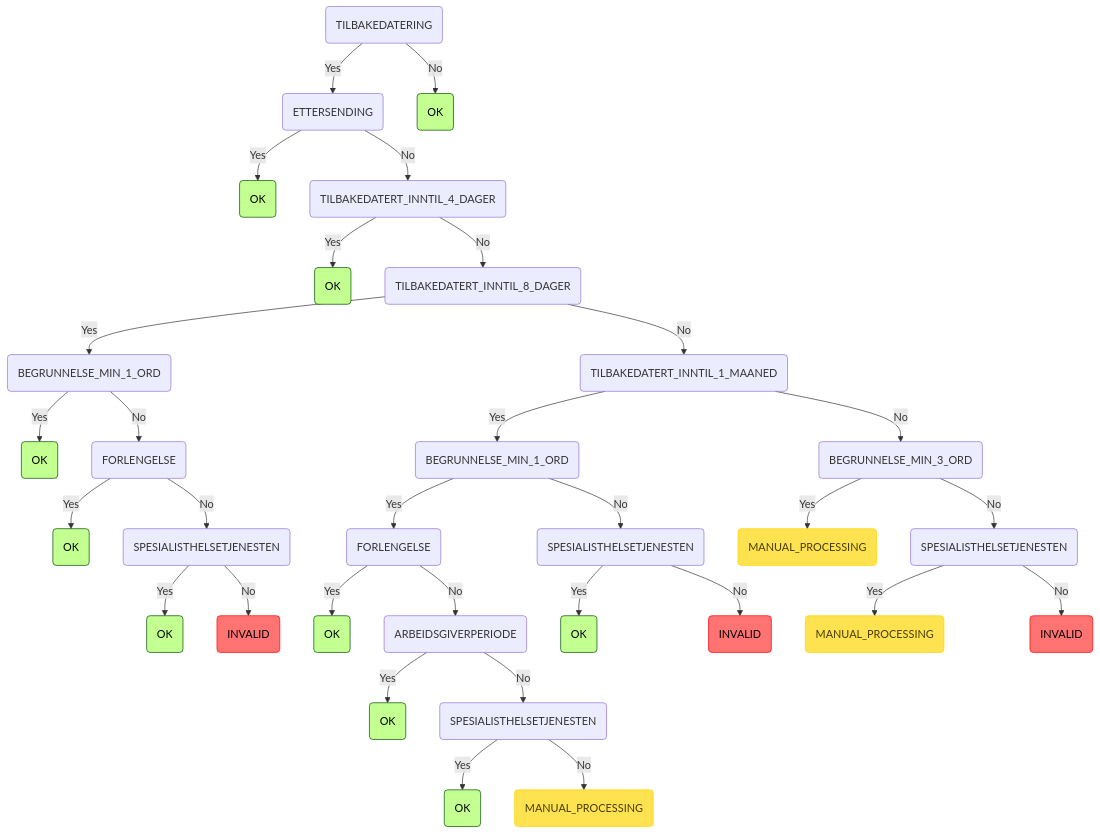
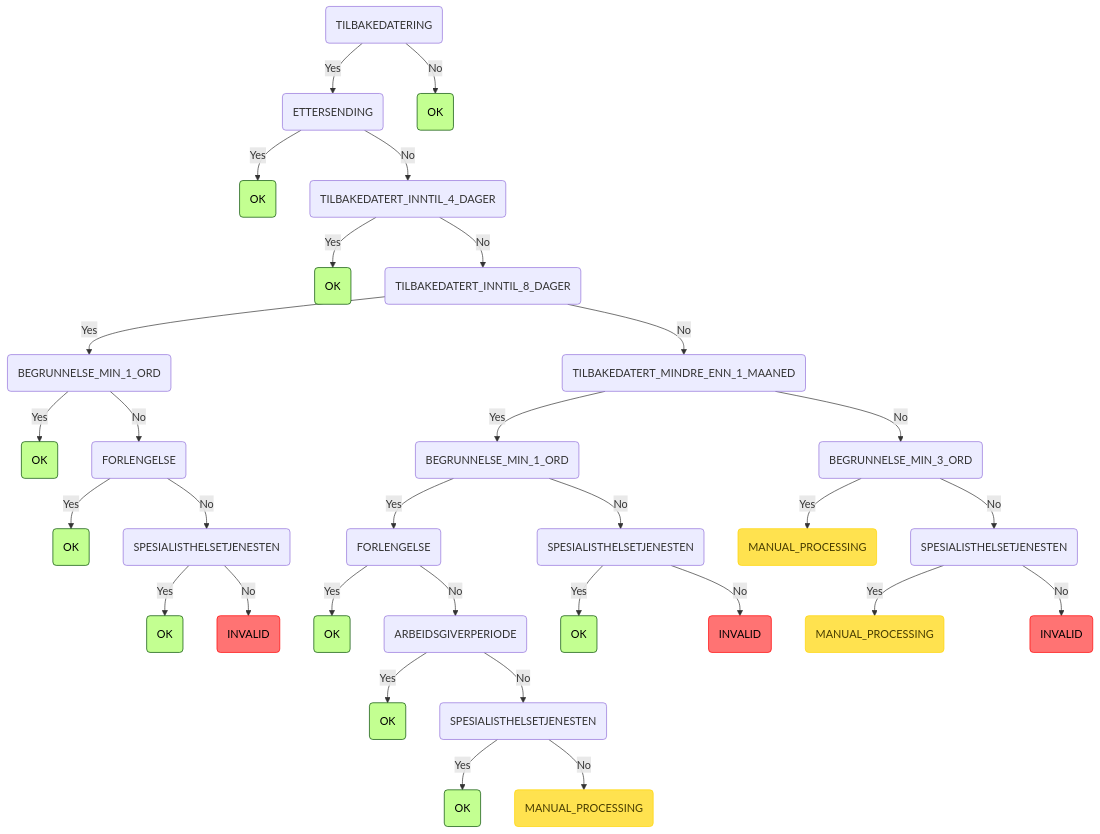
One commit to navikt/syfosmregler changed the ninth of 9 diagrams in README.md. Above: the diagram before and after it, drawn with Mermaid. The commit also changed 4 other files, not shown here.

Commit message:
feat: mindre enn 1 mnd (#303)

````diff
--- a/README.md
+++ b/README.md
@@ -295,36 +295,36 @@
 ```mermaid
 graph TD
     root(TILBAKEDATERING) -->|Yes| root_TILBAKEDATERING_ETTERSENDING(ETTERSENDING)
     root_TILBAKEDATERING_ETTERSENDING(ETTERSENDING) -->|Yes| root_TILBAKEDATERING_ETTERSENDING_OK(OK):::ok
     root_TILBAKEDATERING_ETTERSENDING(ETTERSENDING) -->|No| root_TILBAKEDATERING_ETTERSENDING_TILBAKEDATERT_INNTIL_4_DAGER(TILBAKEDATERT_INNTIL_4_DAGER)
     root_TILBAKEDATERING_ETTERSENDING_TILBAKEDATERT_INNTIL_4_DAGER(TILBAKEDATERT_INNTIL_4_DAGER) -->|Yes| root_TILBAKEDATERING_ETTERSENDING_TILBAKEDATERT_INNTIL_4_DAGER_OK(OK):::ok
     root_TILBAKEDATERING_ETTERSENDING_TILBAKEDATERT_INNTIL_4_DAGER(TILBAKEDATERT_INNTIL_4_DAGER) -->|No| root_TILBAKEDATERING_ETTERSENDING_TILBAKEDATERT_INNTIL_4_DAGER_TILBAKEDATERT_INNTIL_8_DAGER(TILBAKEDATERT_INNTIL_8_DAGER)
     root_TILBAKEDATERING_ETTERSENDING_TILBAKEDATERT_INNTIL_4_DAGER_TILBAKEDATERT_INNTIL_8_DAGER(TILBAKEDATERT_INNTIL_8_DAGER) -->|Yes| root_TILBAKEDATERING_ETTERSENDING_TILBAKEDATERT_INNTIL_4_DAGER_TILBAKEDATERT_INNTIL_8_DAGER_BEGRUNNELSE_MIN_1_ORD(BEGRUNNELSE_MIN_1_ORD)
     root_TILBAKEDATERING_ETTERSENDING_TILBAKEDATERT_INNTIL_4_DAGER_TILBAKEDATERT_INNTIL_8_DAGER_BEGRUNNELSE_MIN_1_ORD(BEGRUNNELSE_MIN_1_ORD) -->|Yes| root_TILBAKEDATERING_ETTERSENDING_TILBAKEDATERT_INNTIL_4_DAGER_TILBAKEDATERT_INNTIL_8_DAGER_BEGRUNNELSE_MIN_1_ORD_OK(OK):::ok
     root_TILBAKEDATERING_ETTERSENDING_TILBAKEDATERT_INNTIL_4_DAGER_TILBAKEDATERT_INNTIL_8_DAGER_BEGRUNNELSE_MIN_1_ORD(BEGRUNNELSE_MIN_1_ORD) -->|No| root_TILBAKEDATERING_ETTERSENDING_TILBAKEDATERT_INNTIL_4_DAGER_TILBAKEDATERT_INNTIL_8_DAGER_BEGRUNNELSE_MIN_1_ORD_FORLENGELSE(FORLENGELSE)
     root_TILBAKEDATERING_ETTERSENDING_TILBAKEDATERT_INNTIL_4_DAGER_TILBAKEDATERT_INNTIL_8_DAGER_BEGRUNNELSE_MIN_1_ORD_FORLENGELSE(FORLENGELSE) -->|Yes| root_TILBAKEDATERING_ETTERSENDING_TILBAKEDATERT_INNTIL_4_DAGER_TILBAKEDATERT_INNTIL_8_DAGER_BEGRUNNELSE_MIN_1_ORD_FORLENGELSE_OK(OK):::ok
     root_TILBAKEDATERING_ETTERSENDING_TILBAKEDATERT_INNTIL_4_DAGER_TILBAKEDATERT_INNTIL_8_DAGER_BEGRUNNELSE_MIN_1_ORD_FORLENGELSE(FORLENGELSE) -->|No| root_TILBAKEDATERING_ETTERSENDING_TILBAKEDATERT_INNTIL_4_DAGER_TILBAKEDATERT_INNTIL_8_DAGER_BEGRUNNELSE_MIN_1_ORD_FORLENGELSE_SPESIALISTHELSETJENESTEN(SPESIALISTHELSETJENESTEN)
     root_TILBAKEDATERING_ETTERSENDING_TILBAKEDATERT_INNTIL_4_DAGER_TILBAKEDATERT_INNTIL_8_DAGER_BEGRUNNELSE_MIN_1_ORD_FORLENGELSE_SPESIALISTHELSETJENESTEN(SPESIALISTHELSETJENESTEN) -->|Yes| root_TILBAKEDATERING_ETTERSENDING_TILBAKEDATERT_INNTIL_4_DAGER_TILBAKEDATERT_INNTIL_8_DAGER_BEGRUNNELSE_MIN_1_ORD_FORLENGELSE_SPESIALISTHELSETJENESTEN_OK(OK):::ok
     root_TILBAKEDATERING_ETTERSENDING_TILBAKEDATERT_INNTIL_4_DAGER_TILBAKEDATERT_INNTIL_8_DAGER_BEGRUNNELSE_MIN_1_ORD_FORLENGELSE_SPESIALISTHELSETJENESTEN(SPESIALISTHELSETJENESTEN) -->|No| root_TILBAKEDATERING_ETTERSENDING_TILBAKEDATERT_INNTIL_4_DAGER_TILBAKEDATERT_INNTIL_8_DAGER_BEGRUNNELSE_MIN_1_ORD_FORLENGELSE_SPESIALISTHELSETJENESTEN_INVALID(INVALID):::invalid
-    root_TILBAKEDATERING_ETTERSENDING_TILBAKEDATERT_INNTIL_4_DAGER_TILBAKEDATERT_INNTIL_8_DAGER(TILBAKEDATERT_INNTIL_8_DAGER) -->|No| root_TILBAKEDATERING_ETTERSENDING_TILBAKEDATERT_INNTIL_4_DAGER_TILBAKEDATERT_INNTIL_8_DAGER_TILBAKEDATERT_INNTIL_1_MAANED(TILBAKEDATERT_INNTIL_1_MAANED)
-    root_TILBAKEDATERING_ETTERSENDING_TILBAKEDATERT_INNTIL_4_DAGER_TILBAKEDATERT_INNTIL_8_DAGER_TILBAKEDATERT_INNTIL_1_MAANED(TILBAKEDATERT_INNTIL_1_MAANED) -->|Yes| root_TILBAKEDATERING_ETTERSENDING_TILBAKEDATERT_INNTIL_4_DAGER_TILBAKEDATERT_INNTIL_8_DAGER_TILBAKEDATERT_INNTIL_1_MAANED_BEGRUNNELSE_MIN_1_ORD(BEGRUNNELSE_MIN_1_ORD)
-    root_TILBAKEDATERING_ETTERSENDING_TILBAKEDATERT_INNTIL_4_DAGER_TILBAKEDATERT_INNTIL_8_DAGER_TILBAKEDATERT_INNTIL_1_MAANED_BEGRUNNELSE_MIN_1_ORD(BEGRUNNELSE_MIN_1_ORD) -->|Yes| root_TILBAKEDATERING_ETTERSENDING_TILBAKEDATERT_INNTIL_4_DAGER_TILBAKEDATERT_INNTIL_8_DAGER_TILBAKEDATERT_INNTIL_1_MAANED_BEGRUNNELSE_MIN_1_ORD_FORLENGELSE(FORLENGELSE)
-    root_TILBAKEDATERING_ETTERSENDING_TILBAKEDATERT_INNTIL_4_DAGER_TILBAKEDATERT_INNTIL_8_DAGER_TILBAKEDATERT_INNTIL_1_MAANED_BEGRUNNELSE_MIN_1_ORD_FORLENGELSE(FORLENGELSE) -->|Yes| root_TILBAKEDATERING_ETTERSENDING_TILBAKEDATERT_INNTIL_4_DAGER_TILBAKEDATERT_INNTIL_8_DAGER_TILBAKEDATERT_INNTIL_1_MAANED_BEGRUNNELSE_MIN_1_ORD_FORLENGELSE_OK(OK):::ok
-    root_TILBAKEDATERING_ETTERSENDING_TILBAKEDATERT_INNTIL_4_DAGER_TILBAKEDATERT_INNTIL_8_DAGER_TILBAKEDATERT_INNTIL_1_MAANED_BEGRUNNELSE_MIN_1_ORD_FORLENGELSE(FORLENGELSE) -->|No| root_TILBAKEDATERING_ETTERSENDING_TILBAKEDATERT_INNTIL_4_DAGER_TILBAKEDATERT_INNTIL_8_DAGER_TILBAKEDATERT_INNTIL_1_MAANED_BEGRUNNELSE_MIN_1_ORD_FORLENGELSE_ARBEIDSGIVERPERIODE(ARBEIDSGIVERPERIODE)
-    root_TILBAKEDATERING_ETTERSENDING_TILBAKEDATERT_INNTIL_4_DAGER_TILBAKEDATERT_INNTIL_8_DAGER_TILBAKEDATERT_INNTIL_1_MAANED_BEGRUNNELSE_MIN_1_ORD_FORLENGELSE_ARBEIDSGIVERPERIODE(ARBEIDSGIVERPERIODE) -->|Yes| root_TILBAKEDATERING_ETTERSENDING_TILBAKEDATERT_INNTIL_4_DAGER_TILBAKEDATERT_INNTIL_8_DAGER_TILBAKEDATERT_INNTIL_1_MAANED_BEGRUNNELSE_MIN_1_ORD_FORLENGELSE_ARBEIDSGIVERPERIODE_OK(OK):::ok
-    root_TILBAKEDATERING_ETTERSENDING_TILBAKEDATERT_INNTIL_4_DAGER_TILBAKEDATERT_INNTIL_8_DAGER_TILBAKEDATERT_INNTIL_1_MAANED_BEGRUNNELSE_MIN_1_ORD_FORLENGELSE_ARBEIDSGIVERPERIODE(ARBEIDSGIVERPERIODE) -->|No| root_TILBAKEDATERING_ETTERSENDING_TILBAKEDATERT_INNTIL_4_DAGER_TILBAKEDATERT_INNTIL_8_DAGER_TILBAKEDATERT_INNTIL_1_MAANED_BEGRUNNELSE_MIN_1_ORD_FORLENGELSE_ARBEIDSGIVERPERIODE_SPESIALISTHELSETJENESTEN(SPESIALISTHELSETJENESTEN)
-    root_TILBAKEDATERING_ETTERSENDING_TILBAKEDATERT_INNTIL_4_DAGER_TILBAKEDATERT_INNTIL_8_DAGER_TILBAKEDATERT_INNTIL_1_MAANED_BEGRUNNELSE_MIN_1_ORD_FORLENGELSE_ARBEIDSGIVERPERIODE_SPESIALISTHELSETJENESTEN(SPESIALISTHELSETJENESTEN) -->|Yes| root_TILBAKEDATERING_ETTERSENDING_TILBAKEDATERT_INNTIL_4_DAGER_TILBAKEDATERT_INNTIL_8_DAGER_TILBAKEDATERT_INNTIL_1_MAANED_BEGRUNNELSE_MIN_1_ORD_FORLENGELSE_ARBEIDSGIVERPERIODE_SPESIALISTHELSETJENESTEN_OK(OK):::ok
-    root_TILBAKEDATERING_ETTERSENDING_TILBAKEDATERT_INNTIL_4_DAGER_TILBAKEDATERT_INNTIL_8_DAGER_TILBAKEDATERT_INNTIL_1_MAANED_BEGRUNNELSE_MIN_1_ORD_FORLENGELSE_ARBEIDSGIVERPERIODE_SPESIALISTHELSETJENESTEN(SPESIALISTHELSETJENESTEN) -->|No| root_TILBAKEDATERING_ETTERSENDING_TILBAKEDATERT_INNTIL_4_DAGER_TILBAKEDATERT_INNTIL_8_DAGER_TILBAKEDATERT_INNTIL_1_MAANED_BEGRUNNELSE_MIN_1_ORD_FORLENGELSE_ARBEIDSGIVERPERIODE_SPESIALISTHELSETJENESTEN_MANUAL_PROCESSING(MANUAL_PROCESSING):::manuell
-    root_TILBAKEDATERING_ETTERSENDING_TILBAKEDATERT_INNTIL_4_DAGER_TILBAKEDATERT_INNTIL_8_DAGER_TILBAKEDATERT_INNTIL_1_MAANED_BEGRUNNELSE_MIN_1_ORD(BEGRUNNELSE_MIN_1_ORD) -->|No| root_TILBAKEDATERING_ETTERSENDING_TILBAKEDATERT_INNTIL_4_DAGER_TILBAKEDATERT_INNTIL_8_DAGER_TILBAKEDATERT_INNTIL_1_MAANED_BEGRUNNELSE_MIN_1_ORD_SPESIALISTHELSETJENESTEN(SPESIALISTHELSETJENESTEN)
-    root_TILBAKEDATERING_ETTERSENDING_TILBAKEDATERT_INNTIL_4_DAGER_TILBAKEDATERT_INNTIL_8_DAGER_TILBAKEDATERT_INNTIL_1_MAANED_BEGRUNNELSE_MIN_1_ORD_SPESIALISTHELSETJENESTEN(SPESIALISTHELSETJENESTEN) -->|Yes| root_TILBAKEDATERING_ETTERSENDING_TILBAKEDATERT_INNTIL_4_DAGER_TILBAKEDATERT_INNTIL_8_DAGER_TILBAKEDATERT_INNTIL_1_MAANED_BEGRUNNELSE_MIN_1_ORD_SPESIALISTHELSETJENESTEN_OK(OK):::ok
-    root_TILBAKEDATERING_ETTERSENDING_TILBAKEDATERT_INNTIL_4_DAGER_TILBAKEDATERT_INNTIL_8_DAGER_TILBAKEDATERT_INNTIL_1_MAANED_BEGRUNNELSE_MIN_1_ORD_SPESIALISTHELSETJENESTEN(SPESIALISTHELSETJENESTEN) -->|No| root_TILBAKEDATERING_ETTERSENDING_TILBAKEDATERT_INNTIL_4_DAGER_TILBAKEDATERT_INNTIL_8_DAGER_TILBAKEDATERT_INNTIL_1_MAANED_BEGRUNNELSE_MIN_1_ORD_SPESIALISTHELSETJENESTEN_INVALID(INVALID):::invalid
-    root_TILBAKEDATERING_ETTERSENDING_TILBAKEDATERT_INNTIL_4_DAGER_TILBAKEDATERT_INNTIL_8_DAGER_TILBAKEDATERT_INNTIL_1_MAANED(TILBAKEDATERT_INNTIL_1_MAANED) -->|No| root_TILBAKEDATERING_ETTERSENDING_TILBAKEDATERT_INNTIL_4_DAGER_TILBAKEDATERT_INNTIL_8_DAGER_TILBAKEDATERT_INNTIL_1_MAANED_BEGRUNNELSE_MIN_3_ORD(BEGRUNNELSE_MIN_3_ORD)
-    root_TILBAKEDATERING_ETTERSENDING_TILBAKEDATERT_INNTIL_4_DAGER_TILBAKEDATERT_INNTIL_8_DAGER_TILBAKEDATERT_INNTIL_1_MAANED_BEGRUNNELSE_MIN_3_ORD(BEGRUNNELSE_MIN_3_ORD) -->|Yes| root_TILBAKEDATERING_ETTERSENDING_TILBAKEDATERT_INNTIL_4_DAGER_TILBAKEDATERT_INNTIL_8_DAGER_TILBAKEDATERT_INNTIL_1_MAANED_BEGRUNNELSE_MIN_3_ORD_MANUAL_PROCESSING(MANUAL_PROCESSING):::manuell
-    root_TILBAKEDATERING_ETTERSENDING_TILBAKEDATERT_INNTIL_4_DAGER_TILBAKEDATERT_INNTIL_8_DAGER_TILBAKEDATERT_INNTIL_1_MAANED_BEGRUNNELSE_MIN_3_ORD(BEGRUNNELSE_MIN_3_ORD) -->|No| root_TILBAKEDATERING_ETTERSENDING_TILBAKEDATERT_INNTIL_4_DAGER_TILBAKEDATERT_INNTIL_8_DAGER_TILBAKEDATERT_INNTIL_1_MAANED_BEGRUNNELSE_MIN_3_ORD_SPESIALISTHELSETJENESTEN(SPESIALISTHELSETJENESTEN)
-    root_TILBAKEDATERING_ETTERSENDING_TILBAKEDATERT_INNTIL_4_DAGER_TILBAKEDATERT_INNTIL_8_DAGER_TILBAKEDATERT_INNTIL_1_MAANED_BEGRUNNELSE_MIN_3_ORD_SPESIALISTHELSETJENESTEN(SPESIALISTHELSETJENESTEN) -->|Yes| root_TILBAKEDATERING_ETTERSENDING_TILBAKEDATERT_INNTIL_4_DAGER_TILBAKEDATERT_INNTIL_8_DAGER_TILBAKEDATERT_INNTIL_1_MAANED_BEGRUNNELSE_MIN_3_ORD_SPESIALISTHELSETJENESTEN_MANUAL_PROCESSING(MANUAL_PROCESSING):::manuell
-    root_TILBAKEDATERING_ETTERSENDING_TILBAKEDATERT_INNTIL_4_DAGER_TILBAKEDATERT_INNTIL_8_DAGER_TILBAKEDATERT_INNTIL_1_MAANED_BEGRUNNELSE_MIN_3_ORD_SPESIALISTHELSETJENESTEN(SPESIALISTHELSETJENESTEN) -->|No| root_TILBAKEDATERING_ETTERSENDING_TILBAKEDATERT_INNTIL_4_DAGER_TILBAKEDATERT_INNTIL_8_DAGER_TILBAKEDATERT_INNTIL_1_MAANED_BEGRUNNELSE_MIN_3_ORD_SPESIALISTHELSETJENESTEN_INVALID(INVALID):::invalid
+    root_TILBAKEDATERING_ETTERSENDING_TILBAKEDATERT_INNTIL_4_DAGER_TILBAKEDATERT_INNTIL_8_DAGER(TILBAKEDATERT_INNTIL_8_DAGER) -->|No| root_TILBAKEDATERING_ETTERSENDING_TILBAKEDATERT_INNTIL_4_DAGER_TILBAKEDATERT_INNTIL_8_DAGER_TILBAKEDATERT_MINDRE_ENN_1_MAANED(TILBAKEDATERT_MINDRE_ENN_1_MAANED)
+    root_TILBAKEDATERING_ETTERSENDING_TILBAKEDATERT_INNTIL_4_DAGER_TILBAKEDATERT_INNTIL_8_DAGER_TILBAKEDATERT_MINDRE_ENN_1_MAANED(TILBAKEDATERT_MINDRE_ENN_1_MAANED) -->|Yes| root_TILBAKEDATERING_ETTERSENDING_TILBAKEDATERT_INNTIL_4_DAGER_TILBAKEDATERT_INNTIL_8_DAGER_TILBAKEDATERT_MINDRE_ENN_1_MAANED_BEGRUNNELSE_MIN_1_ORD(BEGRUNNELSE_MIN_1_ORD)
+    root_TILBAKEDATERING_ETTERSENDING_TILBAKEDATERT_INNTIL_4_DAGER_TILBAKEDATERT_INNTIL_8_DAGER_TILBAKEDATERT_MINDRE_ENN_1_MAANED_BEGRUNNELSE_MIN_1_ORD(BEGRUNNELSE_MIN_1_ORD) -->|Yes| root_TILBAKEDATERING_ETTERSENDING_TILBAKEDATERT_INNTIL_4_DAGER_TILBAKEDATERT_INNTIL_8_DAGER_TILBAKEDATERT_MINDRE_ENN_1_MAANED_BEGRUNNELSE_MIN_1_ORD_FORLENGELSE(FORLENGELSE)
+    root_TILBAKEDATERING_ETTERSENDING_TILBAKEDATERT_INNTIL_4_DAGER_TILBAKEDATERT_INNTIL_8_DAGER_TILBAKEDATERT_MINDRE_ENN_1_MAANED_BEGRUNNELSE_MIN_1_ORD_FORLENGELSE(FORLENGELSE) -->|Yes| root_TILBAKEDATERING_ETTERSENDING_TILBAKEDATERT_INNTIL_4_DAGER_TILBAKEDATERT_INNTIL_8_DAGER_TILBAKEDATERT_MINDRE_ENN_1_MAANED_BEGRUNNELSE_MIN_1_ORD_FORLENGELSE_OK(OK):::ok
+    root_TILBAKEDATERING_ETTERSENDING_TILBAKEDATERT_INNTIL_4_DAGER_TILBAKEDATERT_INNTIL_8_DAGER_TILBAKEDATERT_MINDRE_ENN_1_MAANED_BEGRUNNELSE_MIN_1_ORD_FORLENGELSE(FORLENGELSE) -->|No| root_TILBAKEDATERING_ETTERSENDING_TILBAKEDATERT_INNTIL_4_DAGER_TILBAKEDATERT_INNTIL_8_DAGER_TILBAKEDATERT_MINDRE_ENN_1_MAANED_BEGRUNNELSE_MIN_1_ORD_FORLENGELSE_ARBEIDSGIVERPERIODE(ARBEIDSGIVERPERIODE)
+    root_TILBAKEDATERING_ETTERSENDING_TILBAKEDATERT_INNTIL_4_DAGER_TILBAKEDATERT_INNTIL_8_DAGER_TILBAKEDATERT_MINDRE_ENN_1_MAANED_BEGRUNNELSE_MIN_1_ORD_FORLENGELSE_ARBEIDSGIVERPERIODE(ARBEIDSGIVERPERIODE) -->|Yes| root_TILBAKEDATERING_ETTERSENDING_TILBAKEDATERT_INNTIL_4_DAGER_TILBAKEDATERT_INNTIL_8_DAGER_TILBAKEDATERT_MINDRE_ENN_1_MAANED_BEGRUNNELSE_MIN_1_ORD_FORLENGELSE_ARBEIDSGIVERPERIODE_OK(OK):::ok
+    root_TILBAKEDATERING_ETTERSENDING_TILBAKEDATERT_INNTIL_4_DAGER_TILBAKEDATERT_INNTIL_8_DAGER_TILBAKEDATERT_MINDRE_ENN_1_MAANED_BEGRUNNELSE_MIN_1_ORD_FORLENGELSE_ARBEIDSGIVERPERIODE(ARBEIDSGIVERPERIODE) -->|No| root_TILBAKEDATERING_ETTERSENDING_TILBAKEDATERT_INNTIL_4_DAGER_TILBAKEDATERT_INNTIL_8_DAGER_TILBAKEDATERT_MINDRE_ENN_1_MAANED_BEGRUNNELSE_MIN_1_ORD_FORLENGELSE_ARBEIDSGIVERPERIODE_SPESIALISTHELSETJENESTEN(SPESIALISTHELSETJENESTEN)
+    root_TILBAKEDATERING_ETTERSENDING_TILBAKEDATERT_INNTIL_4_DAGER_TILBAKEDATERT_INNTIL_8_DAGER_TILBAKEDATERT_MINDRE_ENN_1_MAANED_BEGRUNNELSE_MIN_1_ORD_FORLENGELSE_ARBEIDSGIVERPERIODE_SPESIALISTHELSETJENESTEN(SPESIALISTHELSETJENESTEN) -->|Yes| root_TILBAKEDATERING_ETTERSENDING_TILBAKEDATERT_INNTIL_4_DAGER_TILBAKEDATERT_INNTIL_8_DAGER_TILBAKEDATERT_MINDRE_ENN_1_MAANED_BEGRUNNELSE_MIN_1_ORD_FORLENGELSE_ARBEIDSGIVERPERIODE_SPESIALISTHELSETJENESTEN_OK(OK):::ok
+    root_TILBAKEDATERING_ETTERSENDING_TILBAKEDATERT_INNTIL_4_DAGER_TILBAKEDATERT_INNTIL_8_DAGER_TILBAKEDATERT_MINDRE_ENN_1_MAANED_BEGRUNNELSE_MIN_1_ORD_FORLENGELSE_ARBEIDSGIVERPERIODE_SPESIALISTHELSETJENESTEN(SPESIALISTHELSETJENESTEN) -->|No| root_TILBAKEDATERING_ETTERSENDING_TILBAKEDATERT_INNTIL_4_DAGER_TILBAKEDATERT_INNTIL_8_DAGER_TILBAKEDATERT_MINDRE_ENN_1_MAANED_BEGRUNNELSE_MIN_1_ORD_FORLENGELSE_ARBEIDSGIVERPERIODE_SPESIALISTHELSETJENESTEN_MANUAL_PROCESSING(MANUAL_PROCESSING):::manuell
+    root_TILBAKEDATERING_ETTERSENDING_TILBAKEDATERT_INNTIL_4_DAGER_TILBAKEDATERT_INNTIL_8_DAGER_TILBAKEDATERT_MINDRE_ENN_1_MAANED_BEGRUNNELSE_MIN_1_ORD(BEGRUNNELSE_MIN_1_ORD) -->|No| root_TILBAKEDATERING_ETTERSENDING_TILBAKEDATERT_INNTIL_4_DAGER_TILBAKEDATERT_INNTIL_8_DAGER_TILBAKEDATERT_MINDRE_ENN_1_MAANED_BEGRUNNELSE_MIN_1_ORD_SPESIALISTHELSETJENESTEN(SPESIALISTHELSETJENESTEN)
+    root_TILBAKEDATERING_ETTERSENDING_TILBAKEDATERT_INNTIL_4_DAGER_TILBAKEDATERT_INNTIL_8_DAGER_TILBAKEDATERT_MINDRE_ENN_1_MAANED_BEGRUNNELSE_MIN_1_ORD_SPESIALISTHELSETJENESTEN(SPESIALISTHELSETJENESTEN) -->|Yes| root_TILBAKEDATERING_ETTERSENDING_TILBAKEDATERT_INNTIL_4_DAGER_TILBAKEDATERT_INNTIL_8_DAGER_TILBAKEDATERT_MINDRE_ENN_1_MAANED_BEGRUNNELSE_MIN_1_ORD_SPESIALISTHELSETJENESTEN_OK(OK):::ok
+    root_TILBAKEDATERING_ETTERSENDING_TILBAKEDATERT_INNTIL_4_DAGER_TILBAKEDATERT_INNTIL_8_DAGER_TILBAKEDATERT_MINDRE_ENN_1_MAANED_BEGRUNNELSE_MIN_1_ORD_SPESIALISTHELSETJENESTEN(SPESIALISTHELSETJENESTEN) -->|No| root_TILBAKEDATERING_ETTERSENDING_TILBAKEDATERT_INNTIL_4_DAGER_TILBAKEDATERT_INNTIL_8_DAGER_TILBAKEDATERT_MINDRE_ENN_1_MAANED_BEGRUNNELSE_MIN_1_ORD_SPESIALISTHELSETJENESTEN_INVALID(INVALID):::invalid
+    root_TILBAKEDATERING_ETTERSENDING_TILBAKEDATERT_INNTIL_4_DAGER_TILBAKEDATERT_INNTIL_8_DAGER_TILBAKEDATERT_MINDRE_ENN_1_MAANED(TILBAKEDATERT_MINDRE_ENN_1_MAANED) -->|No| root_TILBAKEDATERING_ETTERSENDING_TILBAKEDATERT_INNTIL_4_DAGER_TILBAKEDATERT_INNTIL_8_DAGER_TILBAKEDATERT_MINDRE_ENN_1_MAANED_BEGRUNNELSE_MIN_3_ORD(BEGRUNNELSE_MIN_3_ORD)
+    root_TILBAKEDATERING_ETTERSENDING_TILBAKEDATERT_INNTIL_4_DAGER_TILBAKEDATERT_INNTIL_8_DAGER_TILBAKEDATERT_MINDRE_ENN_1_MAANED_BEGRUNNELSE_MIN_3_ORD(BEGRUNNELSE_MIN_3_ORD) -->|Yes| root_TILBAKEDATERING_ETTERSENDING_TILBAKEDATERT_INNTIL_4_DAGER_TILBAKEDATERT_INNTIL_8_DAGER_TILBAKEDATERT_MINDRE_ENN_1_MAANED_BEGRUNNELSE_MIN_3_ORD_MANUAL_PROCESSING(MANUAL_PROCESSING):::manuell
+    root_TILBAKEDATERING_ETTERSENDING_TILBAKEDATERT_INNTIL_4_DAGER_TILBAKEDATERT_INNTIL_8_DAGER_TILBAKEDATERT_MINDRE_ENN_1_MAANED_BEGRUNNELSE_MIN_3_ORD(BEGRUNNELSE_MIN_3_ORD) -->|No| root_TILBAKEDATERING_ETTERSENDING_TILBAKEDATERT_INNTIL_4_DAGER_TILBAKEDATERT_INNTIL_8_DAGER_TILBAKEDATERT_MINDRE_ENN_1_MAANED_BEGRUNNELSE_MIN_3_ORD_SPESIALISTHELSETJENESTEN(SPESIALISTHELSETJENESTEN)
+    root_TILBAKEDATERING_ETTERSENDING_TILBAKEDATERT_INNTIL_4_DAGER_TILBAKEDATERT_INNTIL_8_DAGER_TILBAKEDATERT_MINDRE_ENN_1_MAANED_BEGRUNNELSE_MIN_3_ORD_SPESIALISTHELSETJENESTEN(SPESIALISTHELSETJENESTEN) -->|Yes| root_TILBAKEDATERING_ETTERSENDING_TILBAKEDATERT_INNTIL_4_DAGER_TILBAKEDATERT_INNTIL_8_DAGER_TILBAKEDATERT_MINDRE_ENN_1_MAANED_BEGRUNNELSE_MIN_3_ORD_SPESIALISTHELSETJENESTEN_MANUAL_PROCESSING(MANUAL_PROCESSING):::manuell
+    root_TILBAKEDATERING_ETTERSENDING_TILBAKEDATERT_INNTIL_4_DAGER_TILBAKEDATERT_INNTIL_8_DAGER_TILBAKEDATERT_MINDRE_ENN_1_MAANED_BEGRUNNELSE_MIN_3_ORD_SPESIALISTHELSETJENESTEN(SPESIALISTHELSETJENESTEN) -->|No| root_TILBAKEDATERING_ETTERSENDING_TILBAKEDATERT_INNTIL_4_DAGER_TILBAKEDATERT_INNTIL_8_DAGER_TILBAKEDATERT_MINDRE_ENN_1_MAANED_BEGRUNNELSE_MIN_3_ORD_SPESIALISTHELSETJENESTEN_INVALID(INVALID):::invalid
     root(TILBAKEDATERING) -->|No| root_TILBAKEDATERING_OK(OK):::ok
     classDef ok fill:#c3ff91,stroke:#004a00,color: black;
     classDef invalid fill:#ff7373,stroke:#ff0000,color: black;
     classDef manuell fill:#ffe24f,stroke:#ffd500,color: #473c00;
 ```
````
